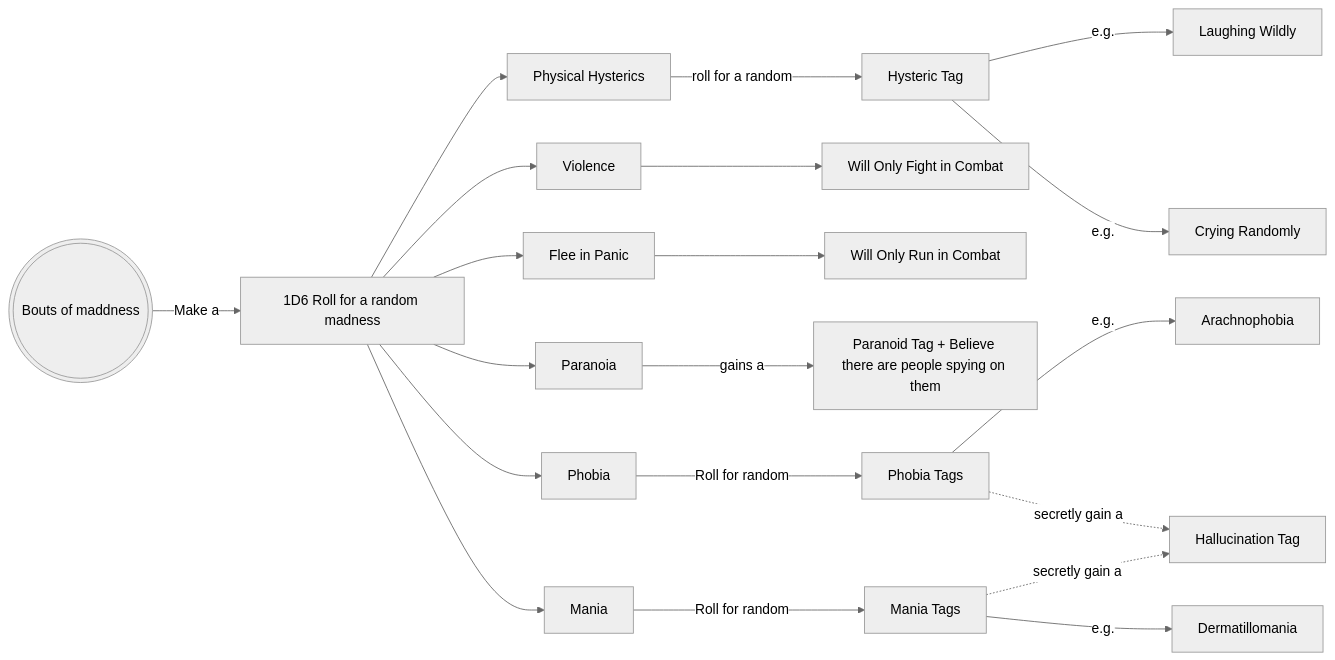
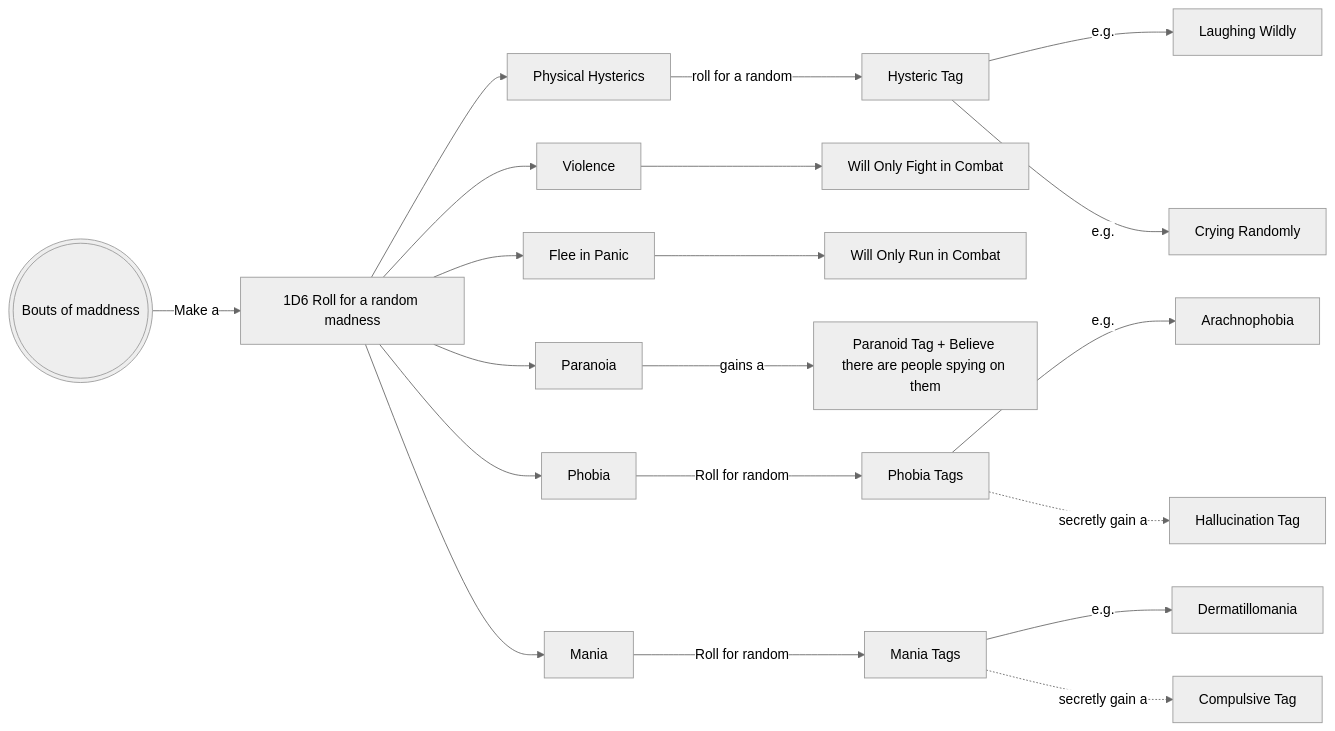
One commit to rolling-sagas/rs-doc changed the second of 2 diagrams in sanity/README.md. Above: the diagram before and after it, drawn with Mermaid (neutral theme).

Commit message:
edit readme doc, bouts of madness flowchart

````diff
--- a/sanity/README.md
+++ b/sanity/README.md
@@ -202,45 +202,46 @@
 ```mermaid
     flowchart LR
     
 id1(((Bouts of maddness)))
 id1a[1D6 Roll for a random madness]
 id2[Physical Hysterics]
 id2a[Hysteric Tag]
 id2b[Laughing Wildly]
 id2c[Crying Randomly]
 id3[Violence] 
 id3a[Will Only Fight in Combat]
 id4[Flee in Panic]
 id4a[Will Only Run in Combat]
 id5[Paranoia]
 id5a[Paranoid Tag + Believe there are people spying on them]
 id6[Phobia]
 id6a[Phobia Tags]
 id6b[Arachnophobia]
 id7[Mania]
 id7a[Mania Tags]
 id7b[Dermatillomania]
 id8[Hallucination Tag]
+id9[Compulsive Tag]
 
 id1-- Make a -->id1a
 id1a-->id2
 id1a-->id3
 id1a-->id4
 id1a-->id5
 id1a-->id6
 id1a-->id7
 
 id2-- roll for a random -->id2a
 id2a-- e.g. -->id2b
 id2a-- e.g. -->id2c
 
 id3-->id3a
 id4-->id4a
 id5-- gains a-->id5a
 id6-- Roll for random-->id6a
 id6a-- e.g. --> id6b
 id7 -- Roll for random -->id7a
 id7a-- e.g. --> id7b
 id6a-. secretly gain a.->id8
-id7a-. secretly gain a.->id8
+id7a-. secretly gain a.->id9
 ```
````
